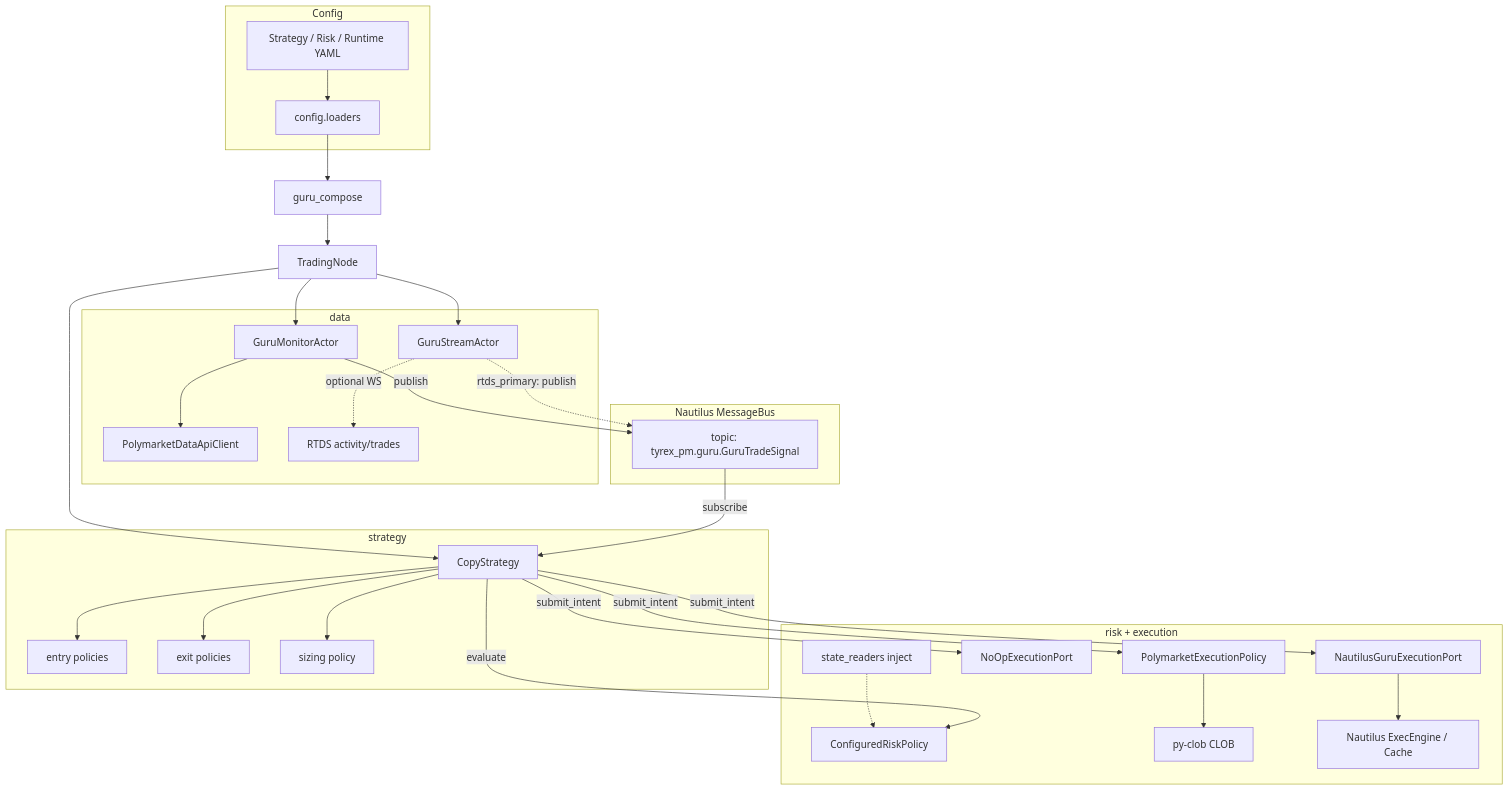
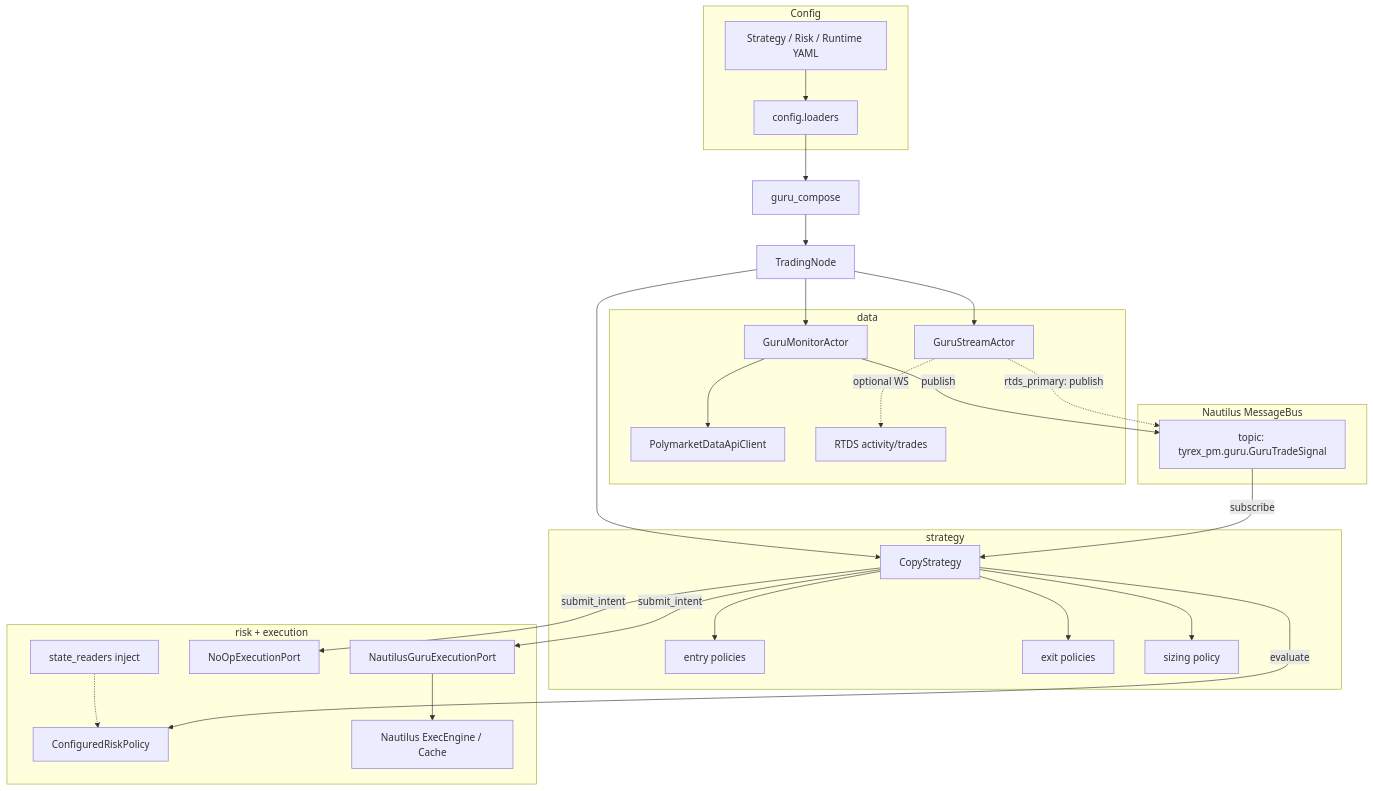
The diagram in Docs/Architecture.md (eliesgherbi/Tyrex_PM), drawn with Mermaid before and after one commit. The commit also changed other lines of this file and 117 other files, not shown here.

Commit message:
architecture review and update cleaninig

````diff
--- a/Docs/Architecture.md
+++ b/Docs/Architecture.md
@@ -73,56 +75,52 @@
 ```mermaid
 flowchart TB
   subgraph Config
     YAML[Strategy / Risk / Runtime YAML]
     Loaders[config.loaders]
   end
 
   subgraph DataLayer[data]
     Actor[GuruMonitorActor]
     Stream[GuruStreamActor]
     API[PolymarketDataApiClient]
     Actor --> API
     Stream -.->|optional WS| RTDS[RTDS activity/trades]
   end
 
   subgraph Bus[Nautilus MessageBus]
     Topic["topic: tyrex_pm.guru.GuruTradeSignal"]
   end
 
   subgraph StrategyLayer[strategy]
     Copy[CopyStrategy]
     Entry[entry policies]
     Exit[exit policies]
     Size[sizing policy]
     Copy --> Entry
     Copy --> Exit
     Copy --> Size
   end
 
   subgraph RiskExec[risk + execution]
     Risk[ConfiguredRiskPolicy]
     Readers[state_readers inject]
     XShad[NoOpExecutionPort]
-    XLive[PolymarketExecutionPolicy]
     XNau[NautilusGuruExecutionPort]
-    CLOB[py-clob CLOB]
     NT[Nautilus ExecEngine / Cache]
-    XLive --> CLOB
     XNau --> NT
     Readers -.-> Risk
   end
 
   YAML --> Loaders
   Loaders --> Runtime[guru_compose]
   Runtime --> TradingNode[TradingNode]
   TradingNode --> Actor
   TradingNode --> Stream
   TradingNode --> Copy
   Actor -->|publish| Topic
   Stream -.->|rtds_primary: publish| Topic
   Topic -->|subscribe| Copy
   Copy -->|evaluate| Risk
   Copy -->|submit_intent| XShad
-  Copy -->|submit_intent| XLive
   Copy -->|submit_intent| XNau
 ```
````
